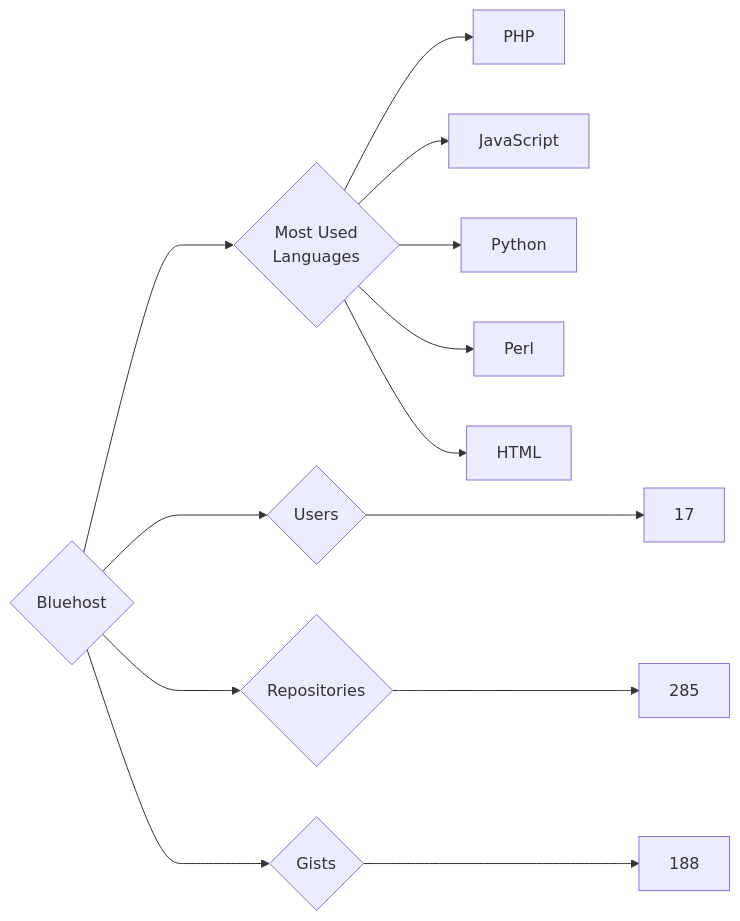
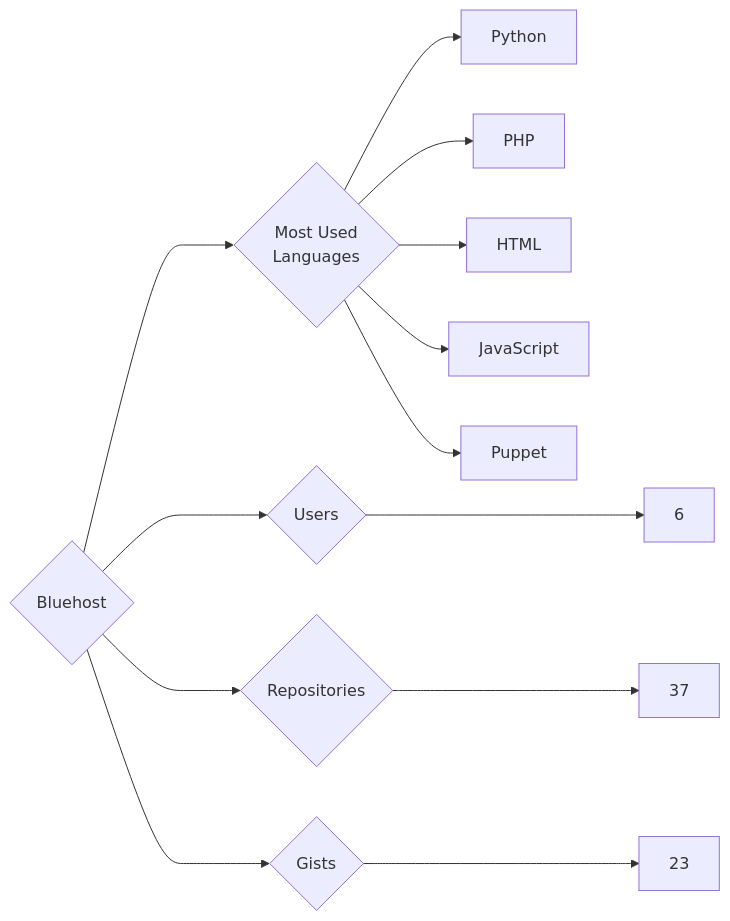
The diagram in targets/Bluehost/README.md (trickest/insiders), drawn with Mermaid before and after one commit. The commit also changed 934 other files, not shown here.

````diff
--- a/targets/Bluehost/README.md
+++ b/targets/Bluehost/README.md
@@ -3,13 +3,13 @@
 ```mermaid
 graph LR
 COMPANY_NAME{Bluehost}
-COMPANY_NAME ---> U{Users} ---> UN[17]
-COMPANY_NAME ---> R{Repositories} ---> RN[285]
-COMPANY_NAME ---> G{Gists} ---> GN[188]
+COMPANY_NAME ---> U{Users} ---> UN[6]
+COMPANY_NAME ---> R{Repositories} ---> RN[37]
+COMPANY_NAME ---> G{Gists} ---> GN[23]
 COMPANY_NAME ---> ML{Most Used<br>Languages}
+ML --> Python[Python]
 ML --> PHP[PHP]
+ML --> HTML[HTML]
 ML --> JavaScript[JavaScript]
-ML --> Python[Python]
-ML --> Perl[Perl]
-ML --> HTML[HTML]
+ML --> Puppet[Puppet]
 ```
````
